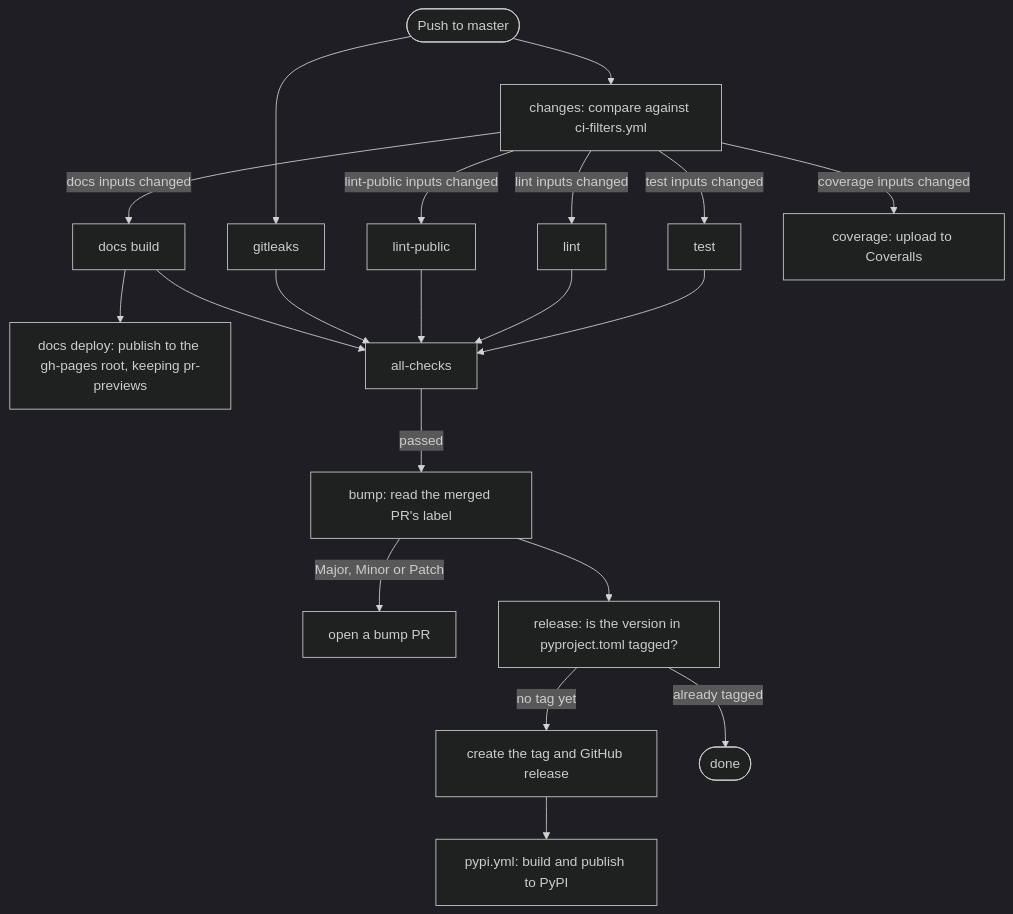
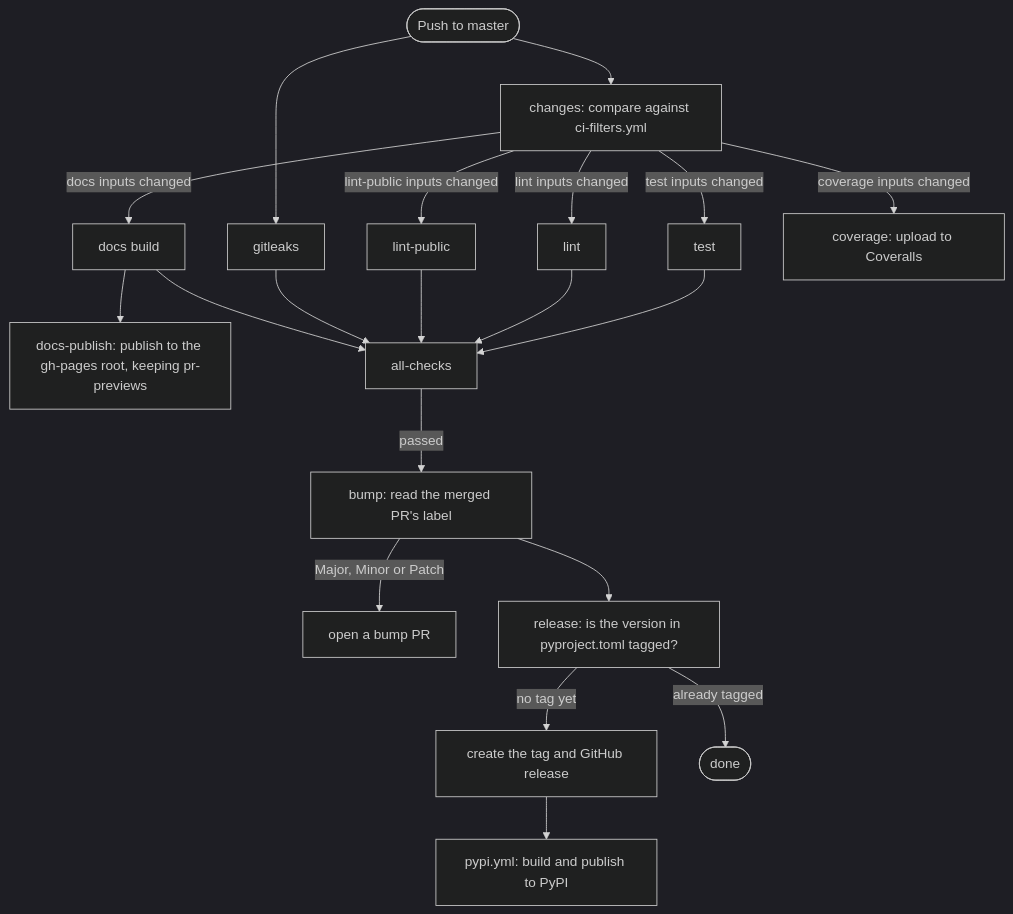
Before and after one commit to HEROgold/confkit: the third of 4 diagrams in docs/ci.md, drawn with Mermaid (dark theme). The commit also changed other lines of this file, not shown here.

First line of the commit message:
docs: show docs-publish as its own step in the CI page

````diff
--- a/docs/ci.md
+++ b/docs/ci.md
@@ -58,22 +61,22 @@
 ```mermaid
 flowchart TD
     push([Push to master]) --> changes[changes: compare against ci-filters.yml]
     push --> gitleaks[gitleaks]
     changes -->|test inputs changed| test[test]
     changes -->|lint inputs changed| lint[lint]
     changes -->|lint-public inputs changed| lintpub[lint-public]
     changes -->|docs inputs changed| build[docs build]
     changes -->|coverage inputs changed| coverage[coverage: upload to Coveralls]
-    build --> deploy[docs deploy: publish to the gh-pages root, keeping pr-previews]
+    build --> deploy[docs-publish: publish to the gh-pages root, keeping pr-previews]
     test --> all[all-checks]
     lint --> all
     lintpub --> all
     gitleaks --> all
     build --> all
     all -->|passed| bump[bump: read the merged PR's label]
     bump -->|Major, Minor or Patch| bumppr[open a bump PR]
     bump --> release[release: is the version in pyproject.toml tagged?]
     release -->|no tag yet| tag[create the tag and GitHub release]
     tag --> pypi[pypi.yml: build and publish to PyPI]
     release -->|already tagged| done([done])
 ```
````
